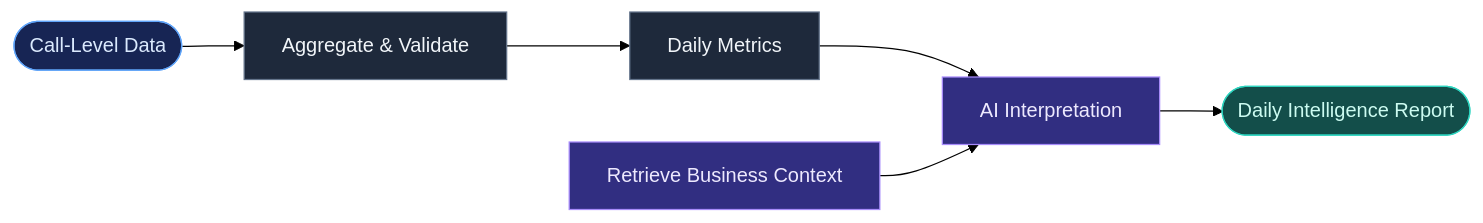
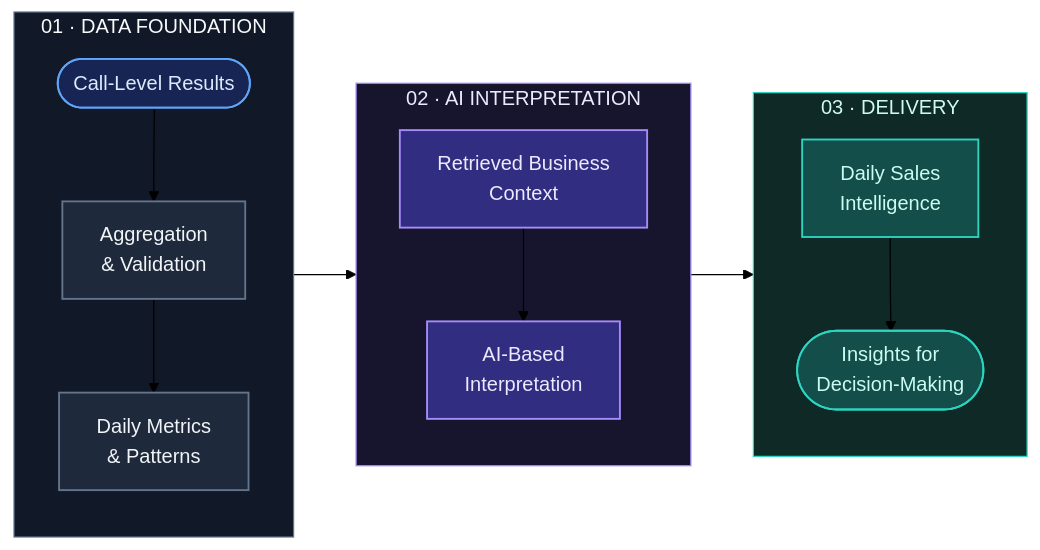
One commit to SinaKakavand/Intelligent_Sales_Automation changed the third of 4 diagrams in README.md. Above: the diagram before and after it, drawn with Mermaid (forest theme). The commit also changed other lines of this file, not shown here.

````diff
--- a/README.md
+++ b/README.md
@@ -116,23 +152,41 @@
 ```mermaid
 flowchart LR
-    A([Call-Level Data])
-    B[Aggregate & Validate]
-    C[Daily Metrics]
-    D[Retrieve Business Context]
-    E[AI Interpretation]
-    F([Daily Intelligence Report])
+    subgraph DATA["01 · DATA FOUNDATION"]
+        direction TB
+        CALLDATA([Call-Level Results])
+        AGG["Aggregation<br/>& Validation"]
+        METRICS["Daily Metrics<br/>& Patterns"]
+        CALLDATA --> AGG --> METRICS
+    end
 
-    A --> B --> C --> E
-    D --> E
-    E --> F
+    subgraph INTELLIGENCE["02 · AI INTERPRETATION"]
+        direction TB
+        CONTEXT["Retrieved Business<br/>Context"]
+        SYNTHESIS["AI-Based<br/>Interpretation"]
+        CONTEXT --> SYNTHESIS
+    end
 
-    classDef input fill:#172554,stroke:#60A5FA,color:#DBEAFE
-    classDef process fill:#1E293B,stroke:#64748B,color:#F1F5F9
-    classDef ai fill:#312E81,stroke:#A78BFA,color:#EDE9FE
-    classDef output fill:#134E4A,stroke:#2DD4BF,color:#CCFBF1
+    subgraph DELIVERY["03 · DELIVERY"]
+        direction TB
+        REPORT["Daily Sales<br/>Intelligence"]
+        ACTIONS([Insights for<br/>Decision-Making])
+        REPORT --> ACTIONS
+    end
 
-    class A input
-    class B,C process
-    class D,E ai
-    class F output
+    METRICS --> SYNTHESIS
+    SYNTHESIS --> REPORT
+
+    classDef input fill:#172554,stroke:#60A5FA,color:#DBEAFE,stroke-width:1.5px
+    classDef data fill:#1E293B,stroke:#64748B,color:#F1F5F9,stroke-width:1.5px
+    classDef ai fill:#312E81,stroke:#A78BFA,color:#EDE9FE,stroke-width:1.5px
+    classDef output fill:#134E4A,stroke:#2DD4BF,color:#CCFBF1,stroke-width:1.5px
+
+    class CALLDATA input
+    class AGG,METRICS data
+    class CONTEXT,SYNTHESIS ai
+    class REPORT,ACTIONS output
+
+    style DATA fill:#111827,stroke:#64748B,color:#F8FAFC
+    style INTELLIGENCE fill:#17152E,stroke:#A78BFA,color:#EDE9FE
+    style DELIVERY fill:#0F2927,stroke:#2DD4BF,color:#CCFBF1
 ```
````
